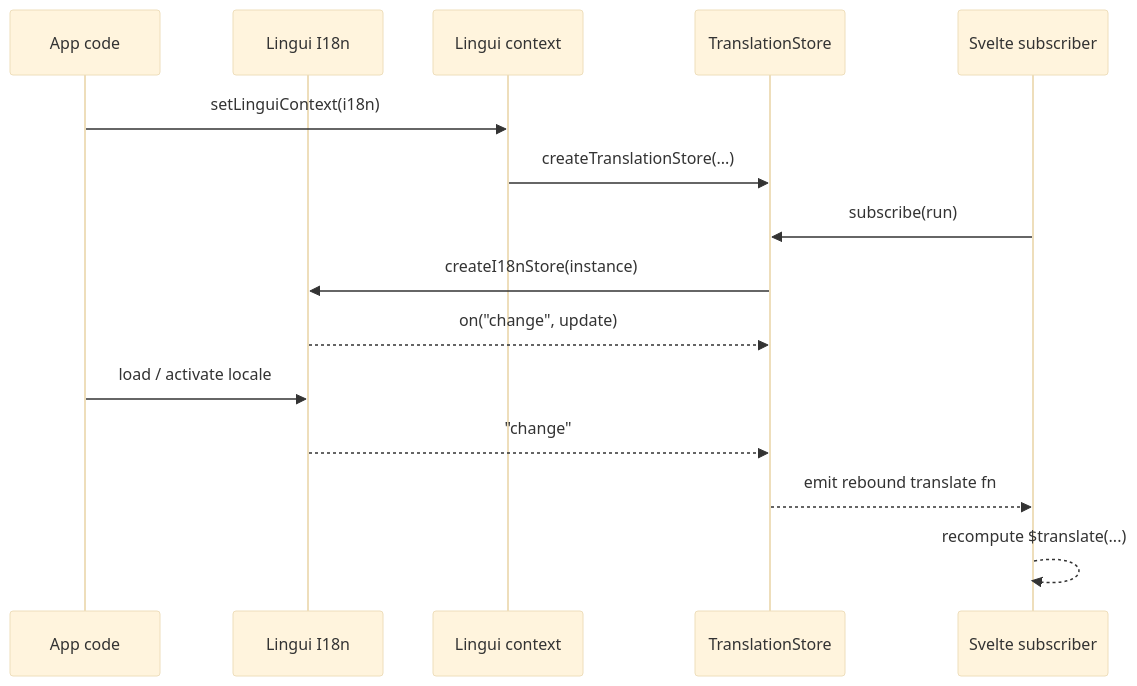
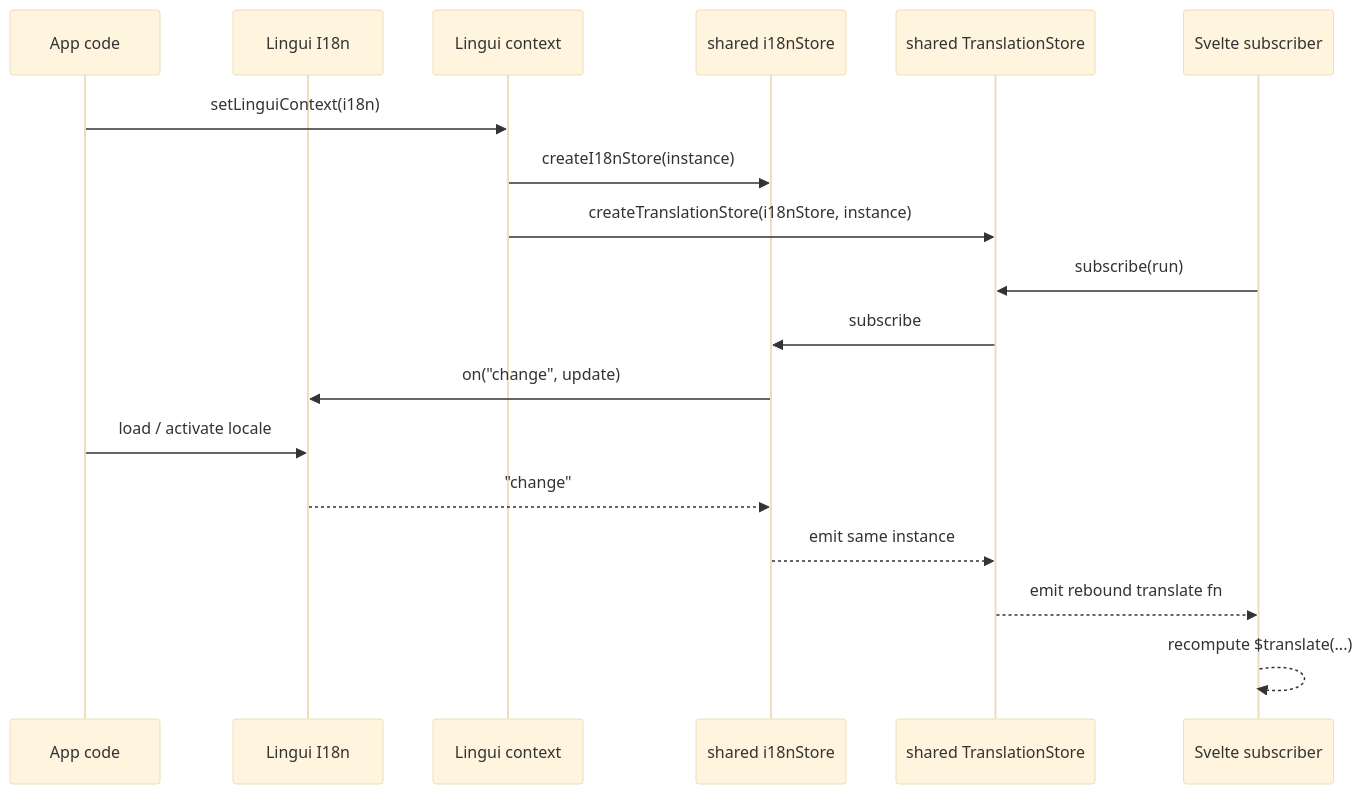
The third of 6 diagrams in packages/lingui-for-svelte/REACTIVITY.md (SegaraRai/lingui-for), drawn with Mermaid (base theme) before and after one commit. The commit also changed other lines of this file and 4 other files, not shown here.

````diff
--- a/packages/lingui-for-svelte/REACTIVITY.md
+++ b/packages/lingui-for-svelte/REACTIVITY.md
@@ -67,18 +77,21 @@
 ```mermaid
 sequenceDiagram
     participant App as App code
     participant I18n as Lingui I18n
     participant Ctx as Lingui context
-    participant Store as TranslationStore
+    participant I18nStore as shared i18nStore
+    participant Store as shared TranslationStore
     participant Svelte as Svelte subscriber
 
     App->>Ctx: setLinguiContext(i18n)
-    Ctx->>Store: createTranslationStore(...)
+    Ctx->>I18nStore: createI18nStore(instance)
+    Ctx->>Store: createTranslationStore(i18nStore, instance)
     Svelte->>Store: subscribe(run)
-    Store->>I18n: createI18nStore(instance)
-    I18n-->>Store: on("change", update)
+    Store->>I18nStore: subscribe
+    I18nStore->>I18n: on("change", update)
     App->>I18n: load / activate locale
-    I18n-->>Store: "change"
+    I18n-->>I18nStore: "change"
+    I18nStore-->>Store: emit same instance
     Store-->>Svelte: emit rebound translate fn
     Svelte-->>Svelte: recompute $translate(...)
 ```
````
